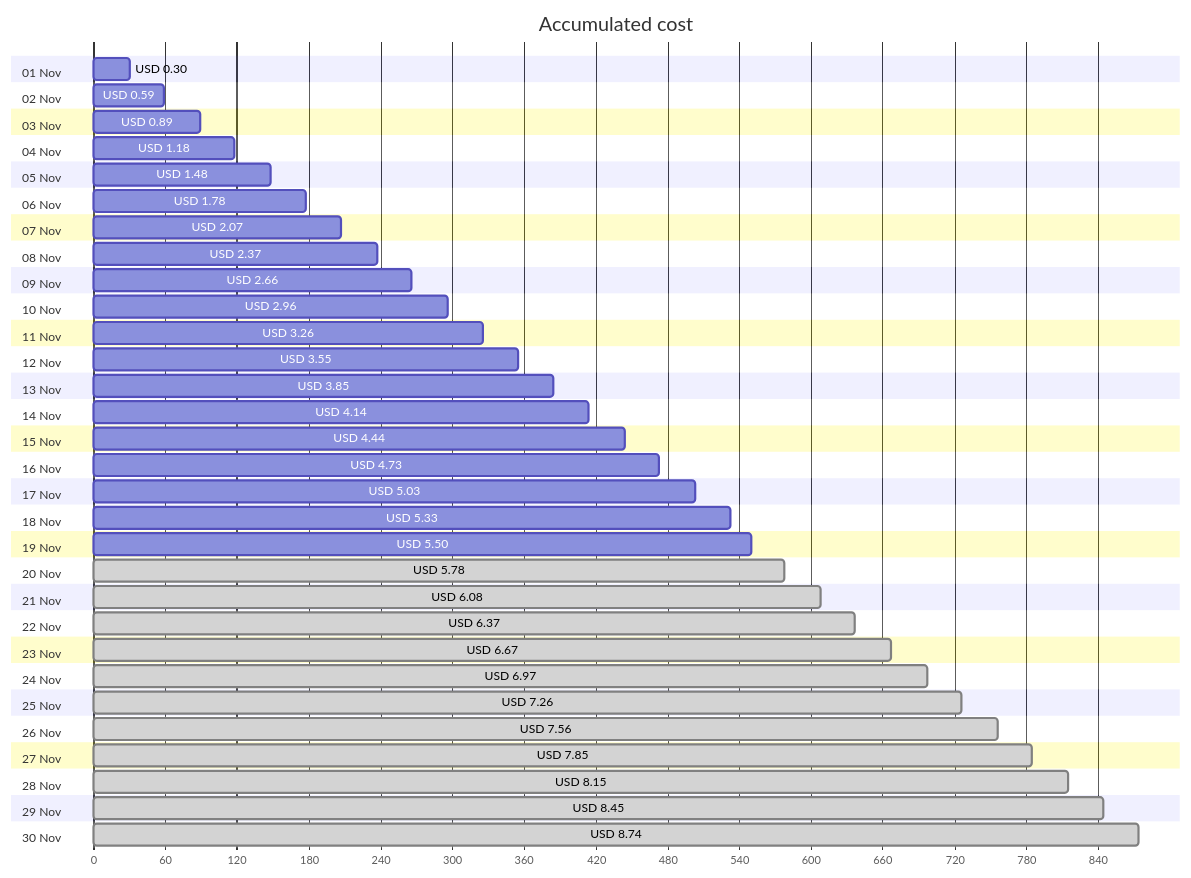
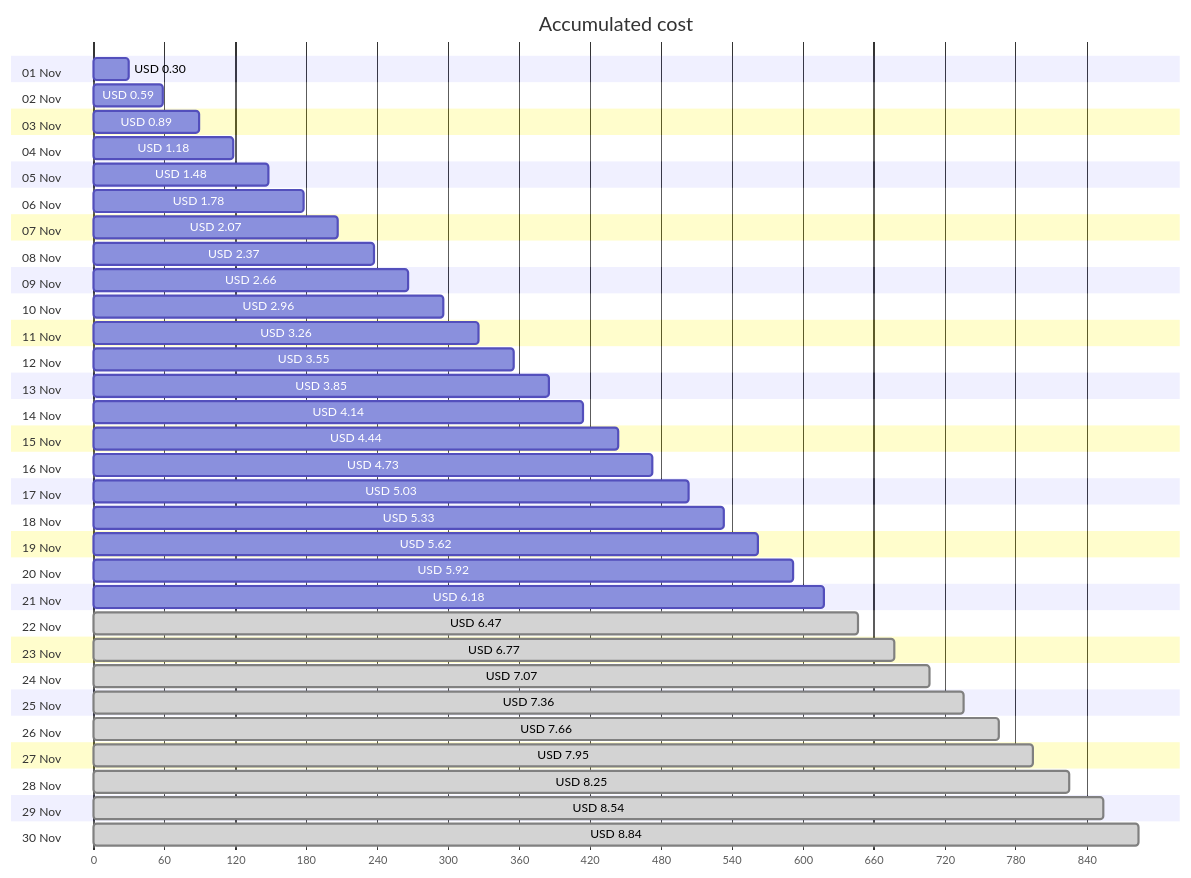
The first of 4 diagrams in cost-reports/personal-site/personal-site-preview.md (jpfulton/azure-personal-reports), drawn with Mermaid before and after one commit. The commit also changed other lines of this file and 7 other files, not shown here.

````diff
--- a/cost-reports/personal-site/personal-site-preview.md
+++ b/cost-reports/personal-site/personal-site-preview.md
@@ -20,66 +20,66 @@
 ```mermaid
 gantt
    title Accumulated cost
    dateFormat  X
    axisFormat %s
    section 01 Nov
    USD 0.30 :0, 30
    section 02 Nov
    USD 0.59 :0, 59
    section 03 Nov
    USD 0.89 :0, 89
    section 04 Nov
    USD 1.18 :0, 118
    section 05 Nov
    USD 1.48 :0, 148
    section 06 Nov
    USD 1.78 :0, 178
    section 07 Nov
    USD 2.07 :0, 207
    section 08 Nov
    USD 2.37 :0, 237
    section 09 Nov
    USD 2.66 :0, 266
    section 10 Nov
    USD 2.96 :0, 296
    section 11 Nov
    USD 3.26 :0, 326
    section 12 Nov
    USD 3.55 :0, 355
    section 13 Nov
    USD 3.85 :0, 385
    section 14 Nov
    USD 4.14 :0, 414
    section 15 Nov
    USD 4.44 :0, 444
    section 16 Nov
    USD 4.73 :0, 473
    section 17 Nov
    USD 5.03 :0, 503
    section 18 Nov
    USD 5.33 :0, 533
    section 19 Nov
-   USD 5.50 :0, 550
+   USD 5.62 :0, 562
    section 20 Nov
-   USD 5.78 : done, 0, 578
+   USD 5.92 :0, 592
    section 21 Nov
-   USD 6.08 : done, 0, 608
+   USD 6.18 :0, 618
    section 22 Nov
-   USD 6.37 : done, 0, 637
+   USD 6.47 : done, 0, 647
    section 23 Nov
-   USD 6.67 : done, 0, 667
+   USD 6.77 : done, 0, 677
    section 24 Nov
-   USD 6.97 : done, 0, 697
+   USD 7.07 : done, 0, 707
    section 25 Nov
-   USD 7.26 : done, 0, 726
+   USD 7.36 : done, 0, 736
    section 26 Nov
-   USD 7.56 : done, 0, 756
+   USD 7.66 : done, 0, 766
    section 27 Nov
-   USD 7.85 : done, 0, 785
+   USD 7.95 : done, 0, 795
    section 28 Nov
-   USD 8.15 : done, 0, 815
+   USD 8.25 : done, 0, 825
    section 29 Nov
-   USD 8.45 : done, 0, 845
+   USD 8.54 : done, 0, 854
    section 30 Nov
-   USD 8.74 : done, 0, 874
+   USD 8.84 : done, 0, 884
 ```
````
